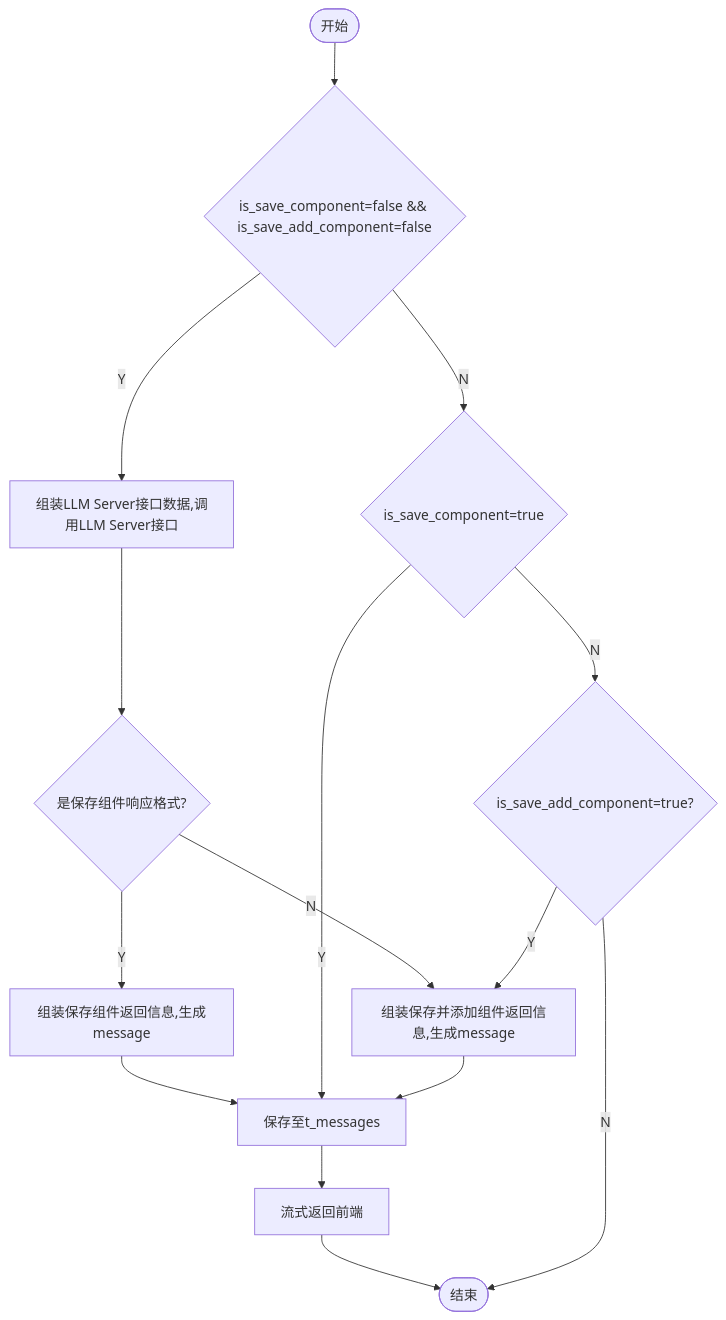
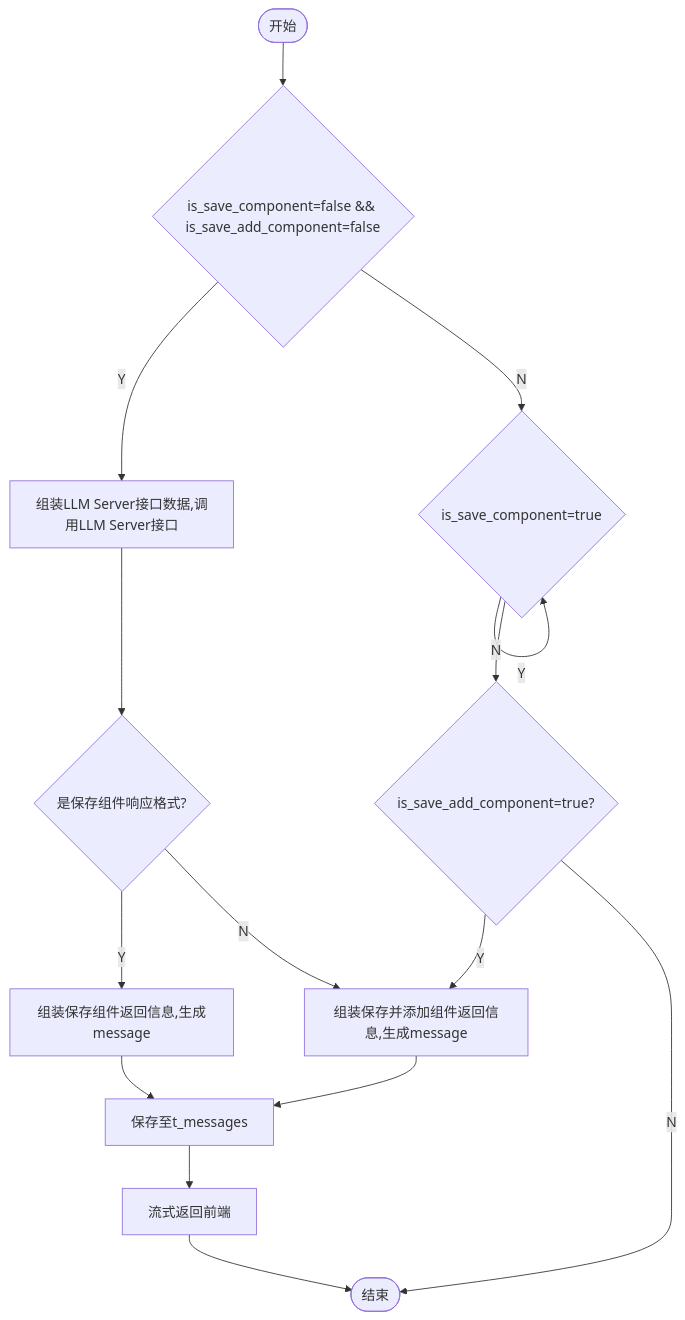
One commit to yingjianzh/iodraw-files changed the diagram in all/未命名-7.md. Above: the diagram before and after it, drawn with Mermaid.

Commit message:
2024-10-12 14:07:25 update

````diff
--- a/all/未命名-7.md
+++ b/all/未命名-7.md
@@ -1,18 +1,18 @@
 ```mermaid
 flowchart TD
     A([开始]) --> B{is_save_component=false && is_save_add_component=false}
     B -- Y --> C[组装LLM Server接口数据,调用LLM Server接口]
     B -- N --> D{is_save_component=true}
     C --> E{是保存组件响应格式?}
     E -- Y --> F[组装保存组件返回信息,生成message]
     E -- N --> K
     F --> G[保存至t_messages]
     G --> H[流式返回前端]
     H --> I([结束])
-    D -- Y --> G
+    D -- Y --> 
     D -- N --> J{is_save_add_component=true?}
     J -- Y --> K[组装保存并添加组件返回信息,生成message]
     K --> G
     J -- N --> I
 
 ```
````
